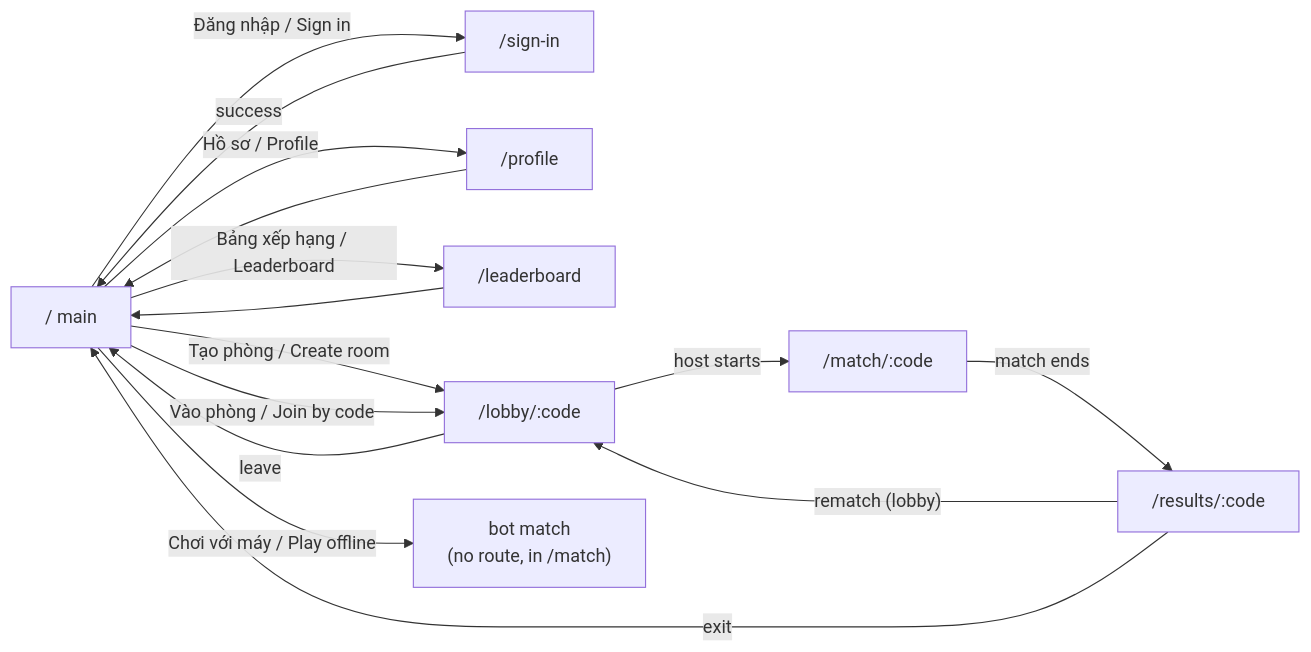
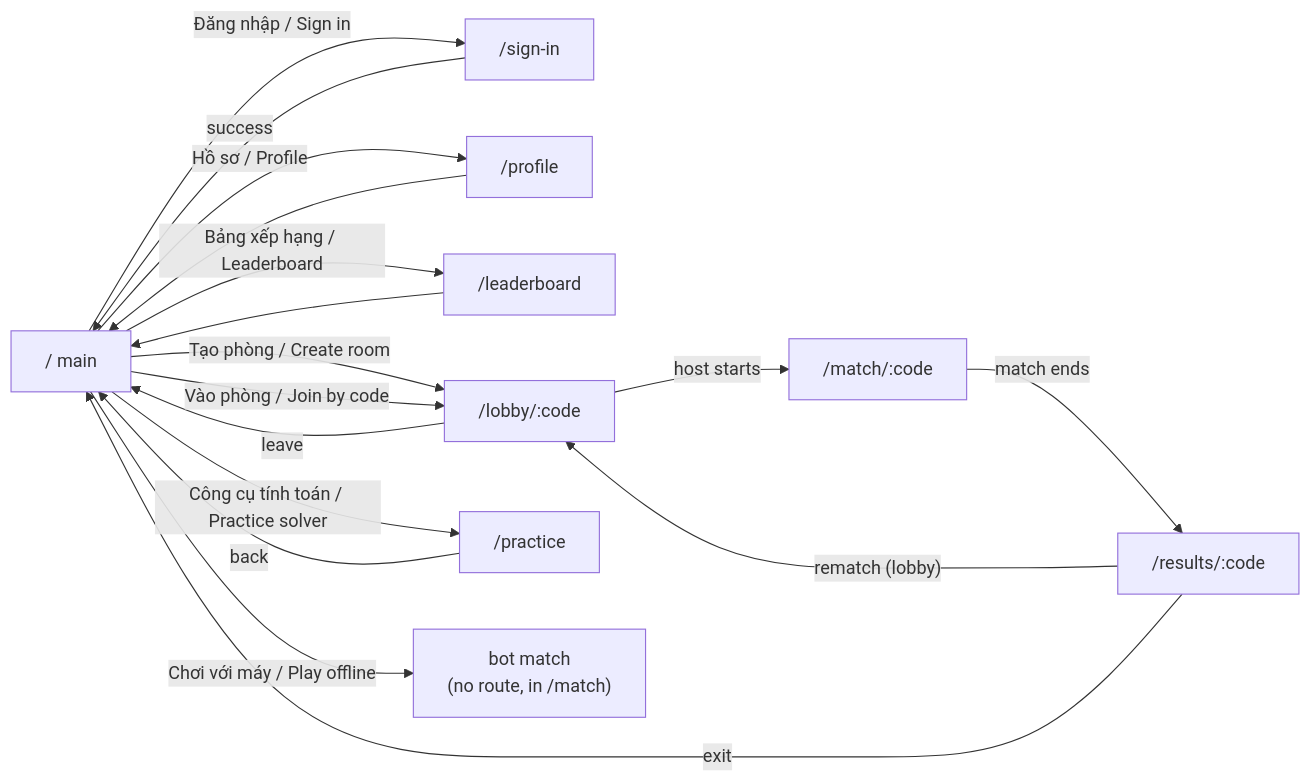
The diagram in docs/02-reference/screens/README.md (prxxie/gb-web), drawn with Mermaid before and after one commit. The commit also changed other lines of this file and 14 other files, not shown here.

````diff
--- a/docs/02-reference/screens/README.md
+++ b/docs/02-reference/screens/README.md
@@ -23,26 +24,29 @@
 ```mermaid
 flowchart LR
     Main["/ main"]
     SignIn["/sign-in"]
     Profile["/profile"]
     Board["/leaderboard"]
     Lobby["/lobby/:code"]
     Match["/match/:code"]
     Results["/results/:code"]
+    Practice["/practice"]
     Offline["bot match<br/>(no route, in /match)"]
 
     Main -->|"Đăng nhập / Sign in"| SignIn
     Main -->|"Hồ sơ / Profile"| Profile
     Main -->|"Bảng xếp hạng / Leaderboard"| Board
     Main -->|"Tạo phòng / Create room"| Lobby
     Main -->|"Vào phòng / Join by code"| Lobby
     Main -->|"Chơi với máy / Play offline"| Offline
+    Main -->|"Công cụ tính toán / Practice solver"| Practice
+    Practice -->|"back"| Main
     SignIn -->|"success"| Main
     Profile --> Main
     Board --> Main
     Lobby -->|"host starts"| Match
     Lobby -->|"leave"| Main
     Match -->|"match ends"| Results
     Results -->|"rematch (lobby)"| Lobby
     Results -->|"exit"| Main
 ```
````
